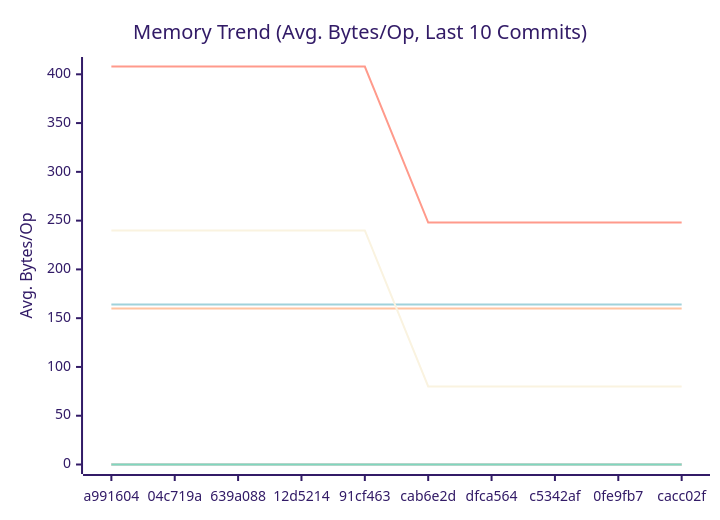
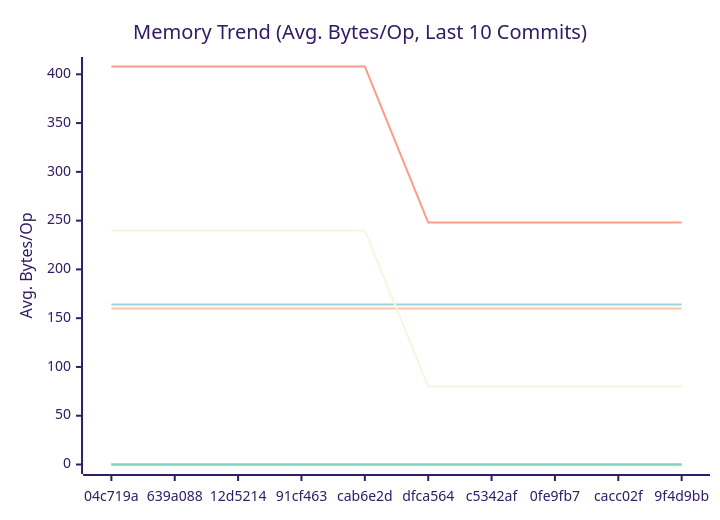
Before and after one commit to alsotoes/momo: the second of 3 diagrams in docs/PERFORMANCE.md, drawn with Mermaid (forest theme). The commit also changed other lines of this file and 3 other files, not shown here.

````diff
--- a/docs/PERFORMANCE.md
+++ b/docs/PERFORMANCE.md
@@ -97,16 +97,16 @@
 ```mermaid
 xychart-beta
     title "Memory Trend (Avg. Bytes/Op, Last 10 Commits)"
     x-axis "Commit"
     y-axis "Avg. Bytes/Op"
-    x-axis [a991604,04c719a,639a088,12d5214,91cf463,cab6e2d,dfca564,c5342af,0fe9fb7,cacc02f]
+    x-axis [04c719a,639a088,12d5214,91cf463,cab6e2d,dfca564,c5342af,0fe9fb7,cacc02f,9f4d9bb]
     line "CheckMetricsAndSwap" [0,0,0,0,0,0,0,0,0,0]
     line "CrushOptimized" [0,0,0,0,0,0,0,0,0,0]
     line "CrushOriginal" [164,164,164,164,164,164,164,164,164,164]
     line "IndexDirectTracking" [0,0,0,0,0,0,0,0,0,0]
     line "IndexSearch" [0,0,0,0,0,0,0,0,0,0]
     line "LoadGlobalConfig" [160,160,160,160,160,160,160,160,160,160]
     line "PadString" [0,0,0,0,0,0,0,0,0,0]
     line "ParseReplicationOrder_NoPrealloc" [408,408,408,408,408,248,248,248,248,248]
     line "ParseReplicationOrder_Prealloc" [240,240,240,240,240,80,80,80,80,80]
 ```
````
